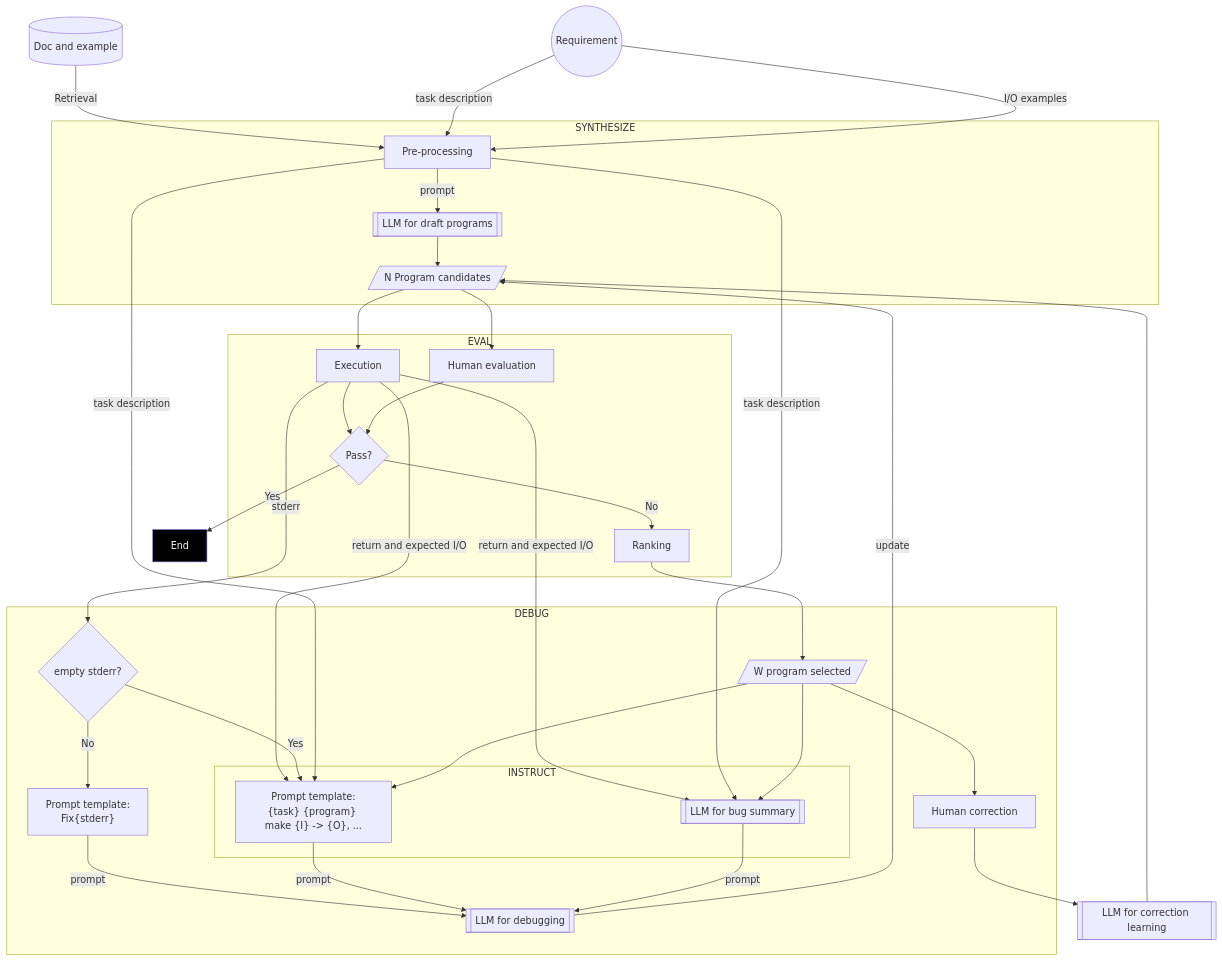
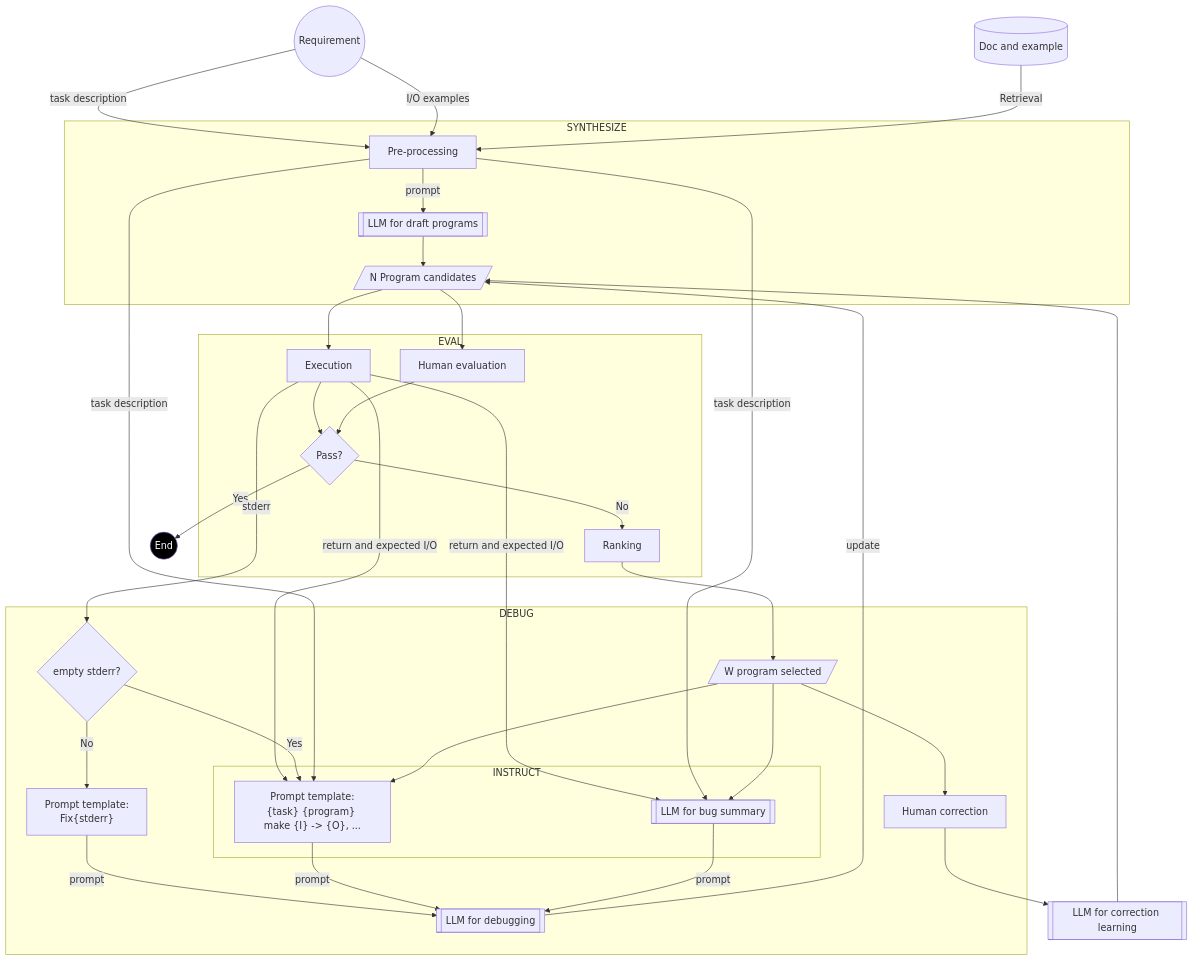
The second of 2 diagrams in Code-Generation.md (AI-LLM/ai-llm.github.io), drawn with Mermaid before and after one commit.

````diff
--- a/Code-Generation.md
+++ b/Code-Generation.md
@@ -62,42 +62,47 @@
 ```mermaid
 graph TD;
 classDef INV fill:black,color:white;
-doc[(Doc and example)] -- Retrieval --> Pre-processing
 S((Requirement)) -- task description --> Pre-processing
 S -- I/O examples --> Pre-processing
+doc[(Doc and example)] -- Retrieval --> Pre-processing
+
 subgraph SYNTHESIZE
 Pre-processing -- prompt --> LLMsynth[[LLM for draft programs]]
 LLMsynth --> PN[/N Program candidates/]
 end
+
 PN --> Execution
 PN --> Evaluation[Human evaluation]
+
 subgraph EVAL
 Execution --> Suc{Pass?} -- No -->Ranking
 Evaluation --> Suc
 end
-Suc -- Yes --> End
-class End INV;
+
+Suc -- Yes --> End((End));class End INV
 Ranking --> PS[/W program selected/]
+
 subgraph DEBUG
 Execution -- stderr --> noerr{empty stderr?}
 noerr -- No --> PT1["Prompt template:\nFix{stderr}"] 
 PT1 -- prompt --> LLMdebug
 subgraph INSTRUCT
 PT2["Prompt template:\n{task} {program} make {I} -> {O}, ..."]
 LLMsum[[LLM for bug summary]]
 end
 Execution -- return and expected I/O --> PT2
 Execution -- return and expected I/O --> LLMsum
 noerr -- Yes --> PT2
 Pre-processing -- task description --> PT2
 Pre-processing -- task description --> LLMsum
 PS --> PT2
 PS --> LLMsum
 PT2 -- prompt --> LLMdebug[[LLM for debugging]]
 LLMsum -- prompt --> LLMdebug
 PS --> Correction[Human correction]
+LLMdebug -- update --> PN
 end
-LLMdebug -- update --> PN
+
 Correction --> LLMcorrect[[LLM for correction learning]]
 LLMcorrect --> PN
 ```
````
